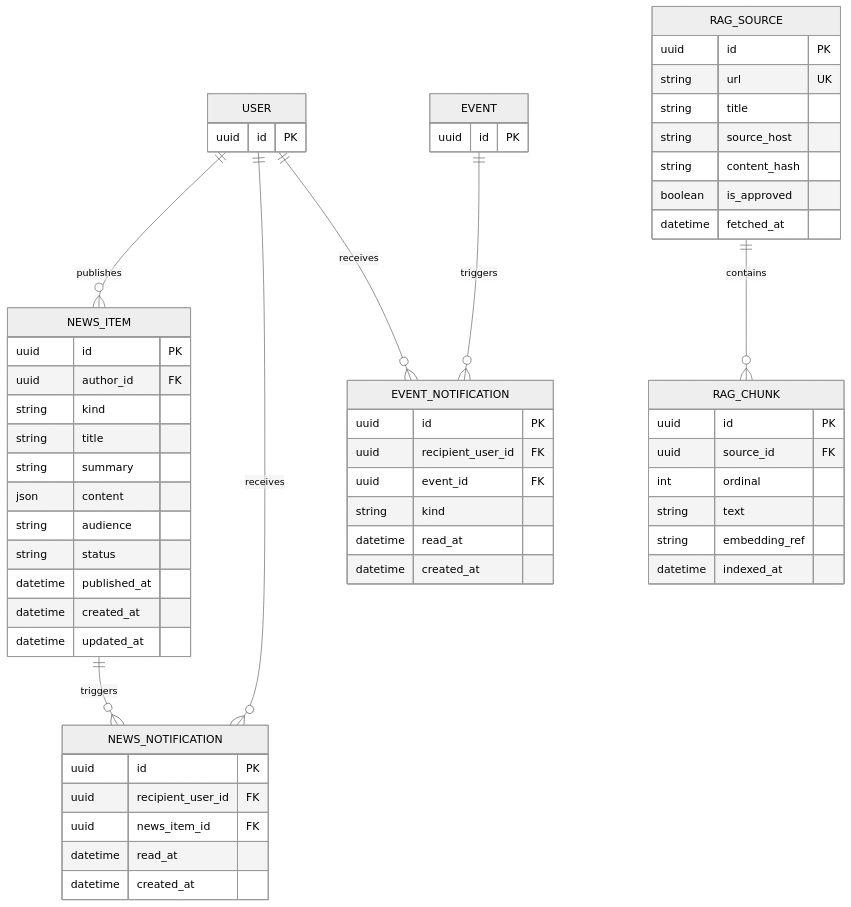
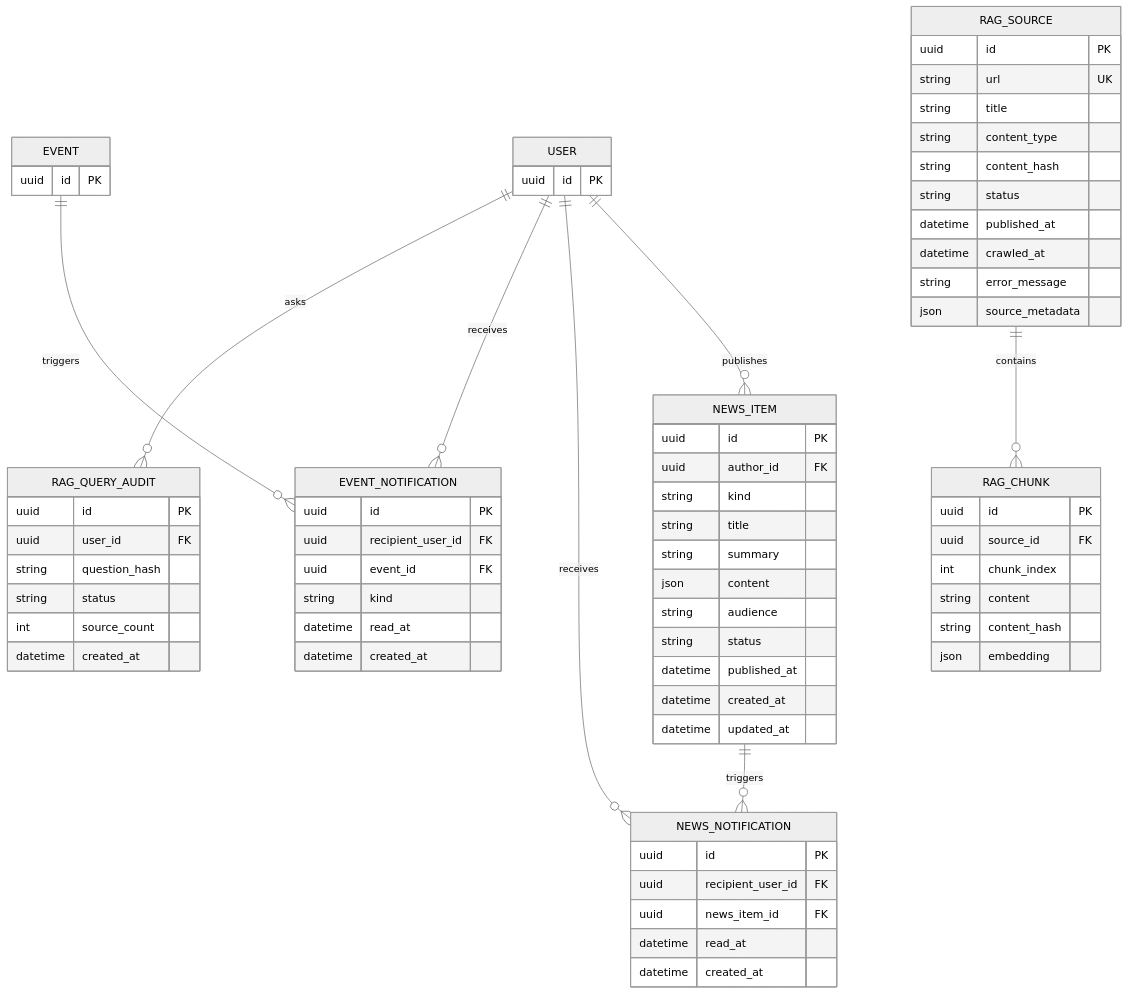
One commit to anindya357/UniCircle changed the fourth of 4 diagrams in docs/design/ERD.md. Above: the diagram before and after it, drawn with Mermaid (neutral theme). The commit also changed other lines of this file and 28 other files, not shown here.

````diff
--- a/docs/design/ERD.md
+++ b/docs/design/ERD.md
@@ -377,61 +377,73 @@
 ```mermaid
 erDiagram
     USER ||--o{ NEWS_ITEM : publishes
     USER ||--o{ NEWS_NOTIFICATION : receives
     NEWS_ITEM ||--o{ NEWS_NOTIFICATION : triggers
     USER ||--o{ EVENT_NOTIFICATION : receives
     EVENT ||--o{ EVENT_NOTIFICATION : triggers
     RAG_SOURCE ||--o{ RAG_CHUNK : contains
+    USER ||--o{ RAG_QUERY_AUDIT : asks
 
     USER {
         uuid id PK
     }
     EVENT {
         uuid id PK
     }
     NEWS_ITEM {
         uuid id PK
         uuid author_id FK
         string kind
         string title
         string summary
         json content
         string audience
         string status
         datetime published_at
         datetime created_at
         datetime updated_at
     }
     NEWS_NOTIFICATION {
         uuid id PK
         uuid recipient_user_id FK
         uuid news_item_id FK
         datetime read_at
         datetime created_at
     }
     EVENT_NOTIFICATION {
         uuid id PK
         uuid recipient_user_id FK
         uuid event_id FK
         string kind
         datetime read_at
         datetime created_at
     }
     RAG_SOURCE {
         uuid id PK
         string url UK
         string title
-        string source_host
+        string content_type
         string content_hash
-        boolean is_approved
-        datetime fetched_at
+        string status
+        datetime published_at
+        datetime crawled_at
+        string error_message
+        json source_metadata
     }
     RAG_CHUNK {
         uuid id PK
         uuid source_id FK
-        int ordinal
-        string text
-        string embedding_ref
-        datetime indexed_at
+        int chunk_index
+        string content
+        string content_hash
+        json embedding
+    }
+    RAG_QUERY_AUDIT {
+        uuid id PK
+        uuid user_id FK
+        string question_hash
+        string status
+        int source_count
+        datetime created_at
     }
 ```
````
